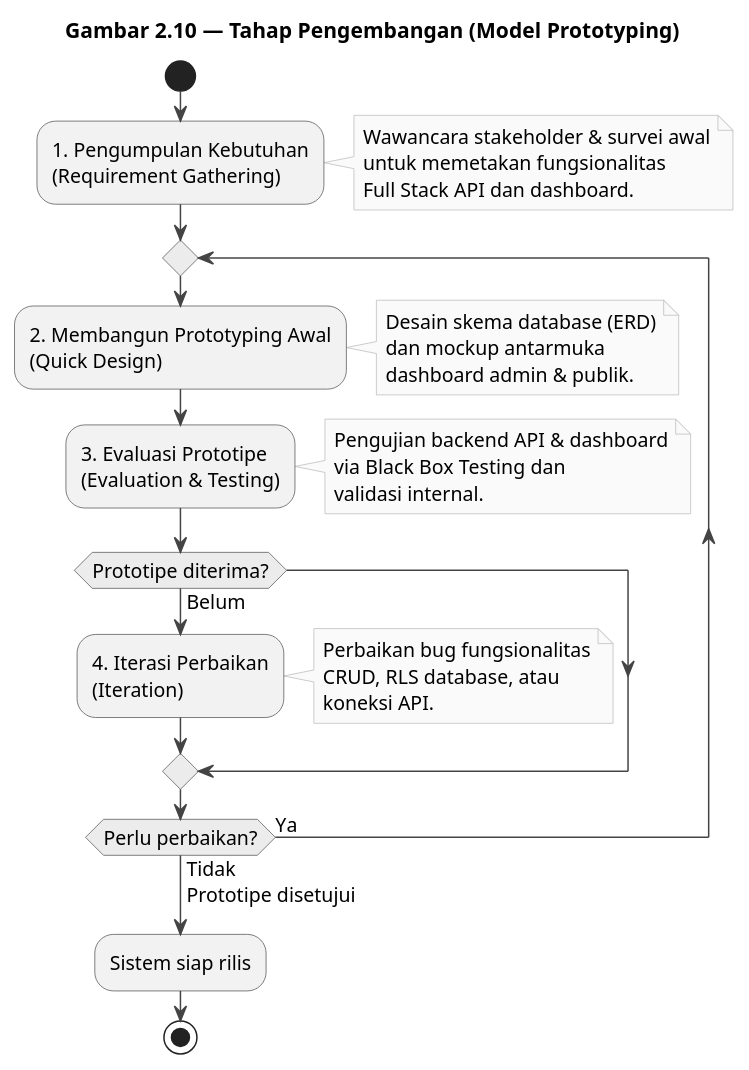
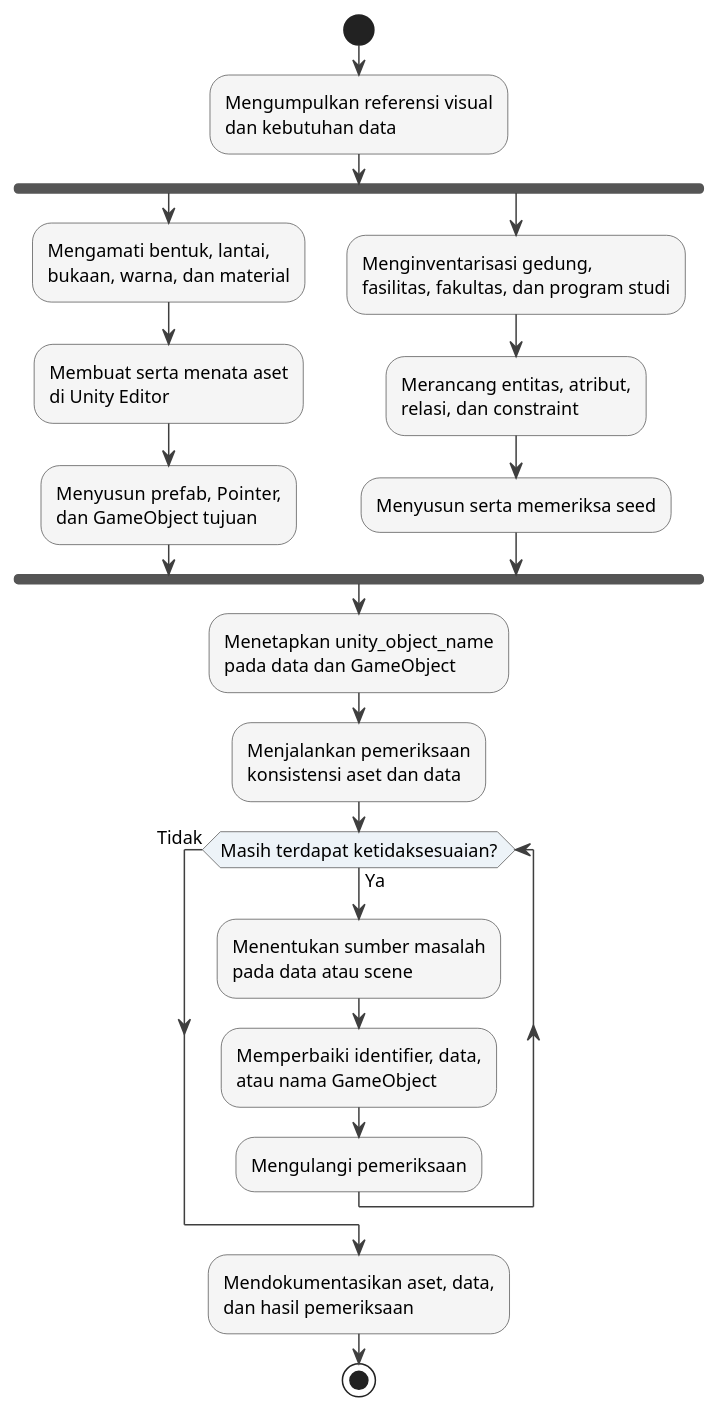
Before and after one commit to Jokskuyy/workflow-ta-proyek: the diagram in diagrams/gambar-2.10-tahap-pengembangan.puml, drawn with PlantUML. The commit also changed 66 other files, not shown here.

Commit message:
docs(dwikhi): fokuskan laporan pada aset dan basis data

```diff
--- a/diagrams/gambar-2.10-tahap-pengembangan.puml
+++ b/diagrams/gambar-2.10-tahap-pengembangan.puml
@@ -1,58 +1,38 @@
-@startuml gambar-2-10-tahap-pengembangan
-' Gambar 2.10 - Tahap Pengembangan (Model Prototyping, iteratif)
-' Sumber: BAB II - 2.3.1 Rencana Pengembangan
+@startuml gambar-2-10-alur-perancangan-aset-data
 
 skinparam backgroundColor #FFFFFF
 skinparam shadowing false
-skinparam defaultFontName "Segoe UI"
-skinparam defaultFontSize 13
-skinparam ArrowColor #444444
+skinparam defaultFontName "Times New Roman"
+skinparam defaultFontSize 12
+skinparam ArrowColor #3F3F3F
 skinparam ActivityBorderColor #555555
-skinparam ActivityBackgroundColor #F2F2F2
-skinparam ActivityDiamondBackgroundColor #ECECEC
+skinparam ActivityBackgroundColor #F5F5F5
+skinparam ActivityDiamondBackgroundColor #EDF3F8
 skinparam ActivityDiamondBorderColor #555555
-skinparam NoteBackgroundColor #FAFAFA
-skinparam NoteBorderColor #BBBBBB
-
-title Gambar 2.10 — Tahap Pengembangan (Model Prototyping)
 
 start
+:Mengumpulkan referensi visual\ndan kebutuhan data;
 
-:1. Pengumpulan Kebutuhan\n(Requirement Gathering);
-note right
-  Wawancara stakeholder & survei awal
-  untuk memetakan fungsionalitas
-  Full Stack API dan dashboard.
-end note
+fork
+  :Mengamati bentuk, lantai,\nbukaan, warna, dan material;
+  :Membuat serta menata aset\ndi Unity Editor;
+  :Menyusun prefab, Pointer,\ndan GameObject tujuan;
+fork again
+  :Menginventarisasi gedung,\nfasilitas, fakultas, dan program studi;
+  :Merancang entitas, atribut,\nrelasi, dan constraint;
+  :Menyusun serta memeriksa seed;
+end fork
 
-repeat
-  :2. Membangun Prototyping Awal\n(Quick Design);
-  note right
-    Desain skema database (ERD)
-    dan mockup antarmuka
-    dashboard admin & publik.
-  end note
+:Menetapkan unity_object_name\npada data dan GameObject;
+:Menjalankan pemeriksaan\nkonsistensi aset dan data;
 
-  :3. Evaluasi Prototipe\n(Evaluation & Testing);
-  note right
-    Pengujian backend API & dashboard
-    via Black Box Testing dan
-    validasi internal.
-  end note
+while (Masih terdapat ketidaksesuaian?) is (Ya)
+  :Menentukan sumber masalah\npada data atau scene;
+  :Memperbaiki identifier, data,\natau nama GameObject;
+  :Mengulangi pemeriksaan;
+endwhile (Tidak)
 
-  if (Prototipe diterima?) then (Belum)
-    :4. Iterasi Perbaikan\n(Iteration);
-    note right
-      Perbaikan bug fungsionalitas
-      CRUD, RLS database, atau
-      koneksi API.
-    end note
-  endif
-repeat while (Perlu perbaikan?) is (Ya) not (Tidak)
-->Prototipe disetujui;
-
-:Sistem siap rilis;
-
+:Mendokumentasikan aset, data,\ndan hasil pemeriksaan;
 stop
 
 @enduml
```
